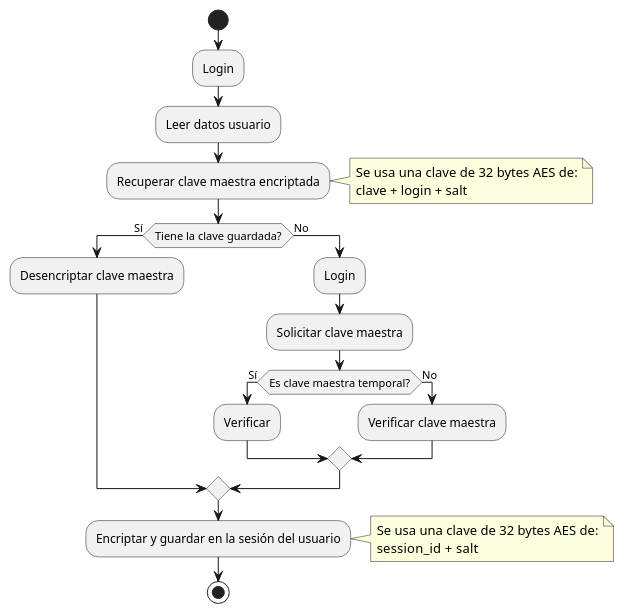
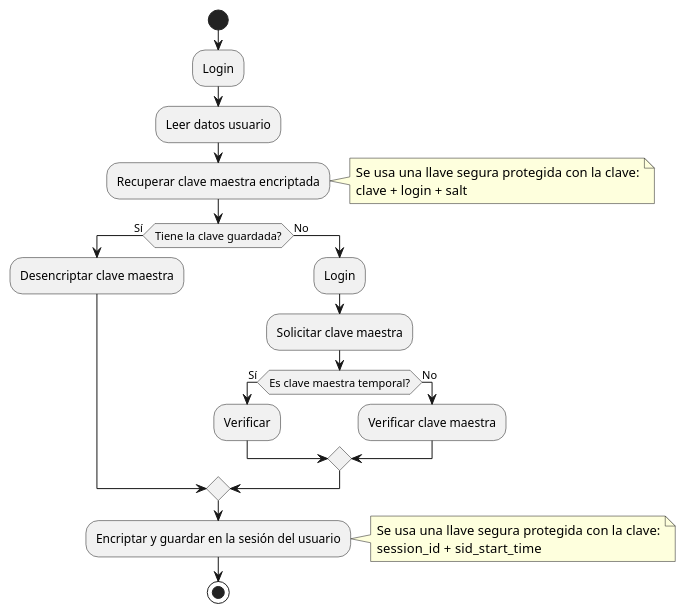
One commit to sysPass/sysPass-doc changed the first of 8 diagrams in docs/source/application/encryption.rst. Above: the diagram before and after it, drawn with PlantUML. The commit also changed other lines of this file and 7 other files, not shown here.

```diff
--- a/docs/source/application/encryption.rst
+++ b/docs/source/application/encryption.rst
@@ -57,41 +62,41 @@
   .. uml::
 
     @startuml
 
     start
 
     :Login;
 
     :Leer datos usuario;
 
     :Recuperar clave maestra encriptada;
 
     note right
-     Se usa una clave de 32 bytes AES de:
+     Se usa una llave segura protegida con la clave:
      clave + login + salt
     end note
 
     if (Tiene la clave guardada?) then (Sí)
       :Desencriptar clave maestra;
     else (No)
       :Login;
 
       :Solicitar clave maestra;
 
       if (Es clave maestra temporal?) then (Sí)
         :Verificar;
       else (No)
         :Verificar clave maestra;
       endif
     endif
 
     :Encriptar y guardar en la sesión del usuario;
 
     note right
-     Se usa una clave de 32 bytes AES de:
-     session_id  + salt
+     Se usa una llave segura protegida con la clave:
+     session_id  + sid_start_time
     end note
 
     stop
 
     @enduml
```
